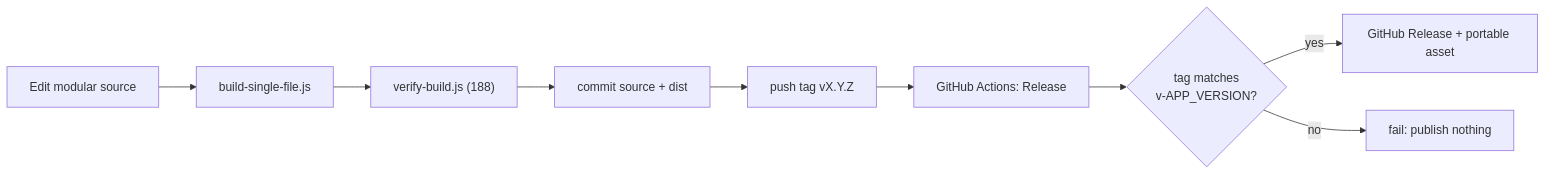
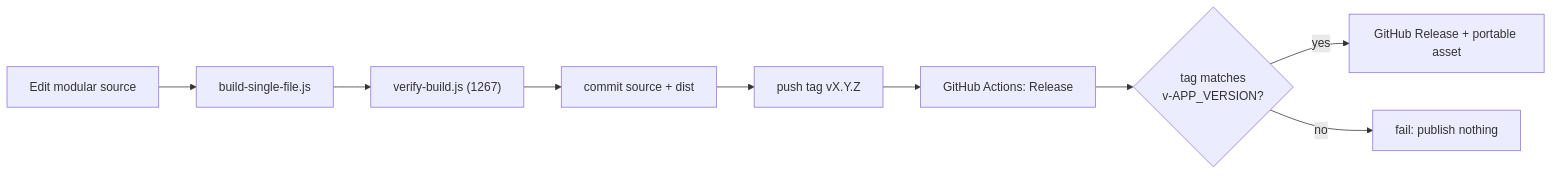
Before and after one commit to fanoryu/TAM-Intelligence-OS: the second of 2 diagrams in README.md, drawn with Mermaid. The commit also changed other lines of this file and 2 other files, not shown here.

````diff
--- a/README.md
+++ b/README.md
@@ -342,9 +349,9 @@
 ```mermaid
 flowchart LR
-  DEV["Edit modular source"] --> B["build-single-file.js"] --> V["verify-build.js (188)"]
+  DEV["Edit modular source"] --> B["build-single-file.js"] --> V["verify-build.js (1267)"]
   V --> C["commit source + dist"] --> T["push tag vX.Y.Z"]
   T --> GA["GitHub Actions: Release"]
   GA --> GATE{"tag matches<br/>v-APP_VERSION?"}
   GATE -->|yes| REL["GitHub Release + portable asset"]
   GATE -->|no| STOP["fail: publish nothing"]
 ```
````
